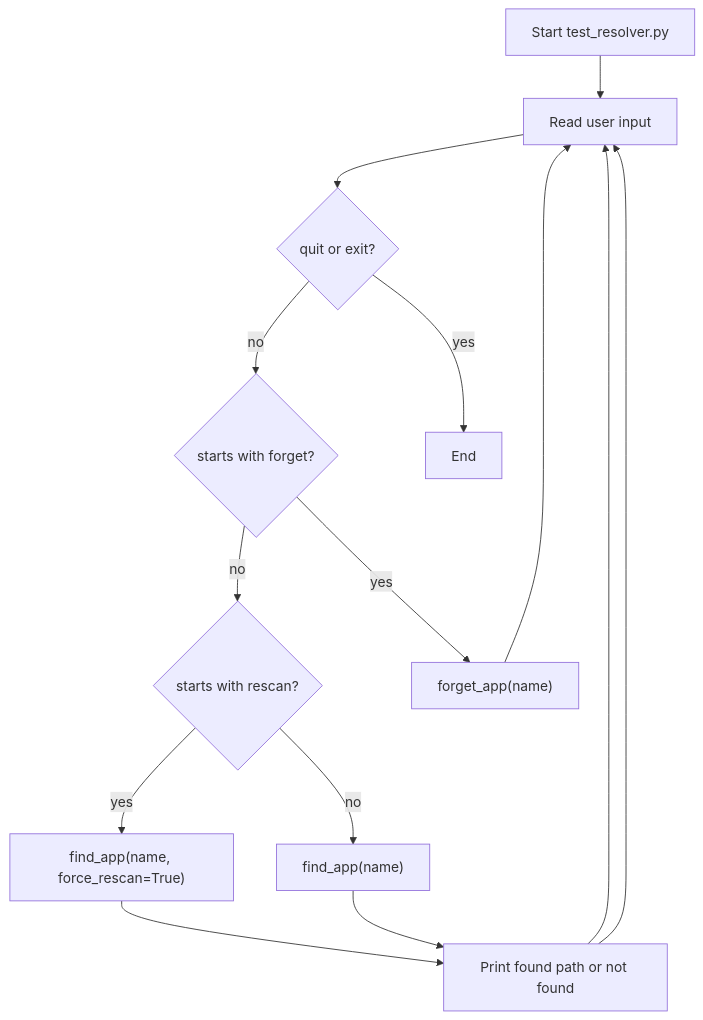
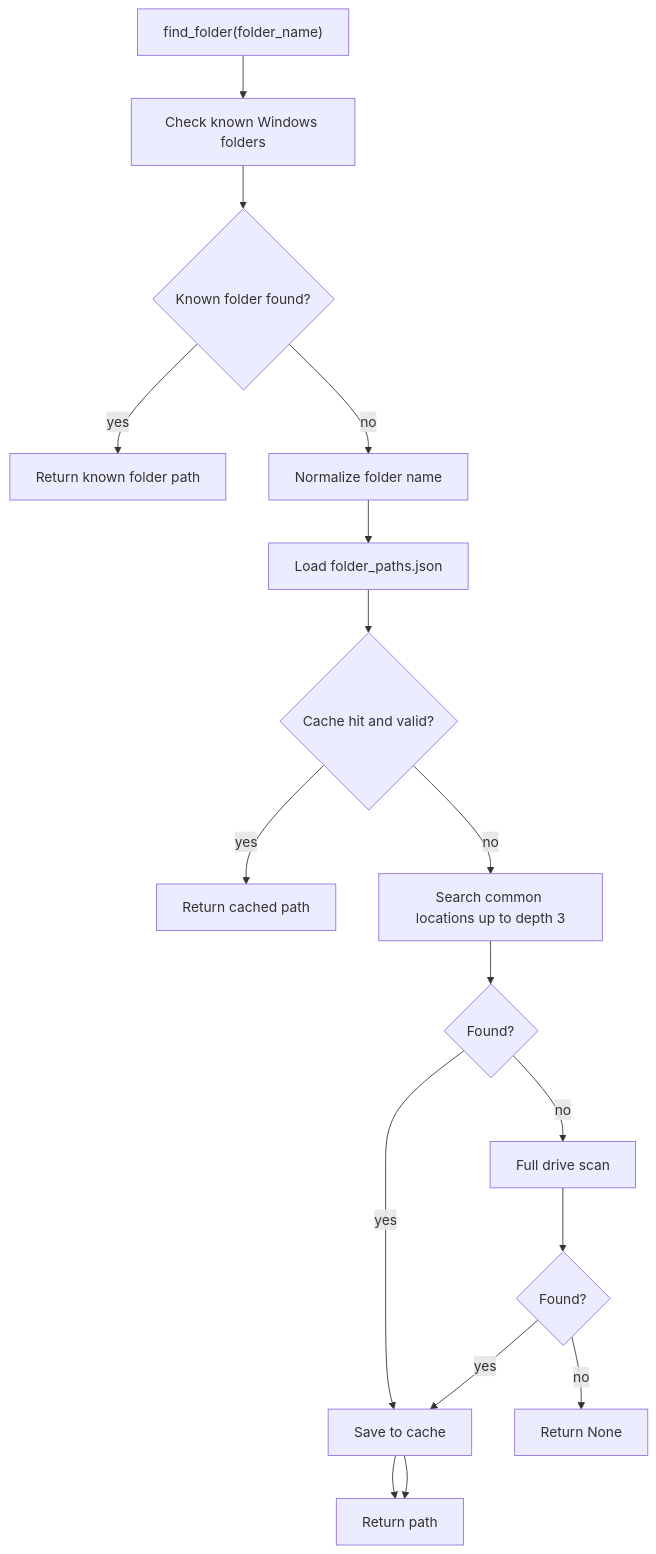
One commit to ayush60728/Agent changed the seventh of 8 diagrams in personal-agent/CODEBASE_WALKTHROUGH.md. Above: the diagram before and after it, drawn with Mermaid. The commit also changed other lines of this file and 11 other files, not shown here.

````diff
--- a/personal-agent/CODEBASE_WALKTHROUGH.md
+++ b/personal-agent/CODEBASE_WALKTHROUGH.md
@@ -311,22 +406,28 @@
 ```mermaid
 flowchart TD
-    A["Start test_resolver.py"]
-    B["Read user input"]
-    C{"quit or exit?"}
-    D{"starts with forget?"}
-    E{"starts with rescan?"}
-    F["forget_app(name)"]
-    G["find_app(name, force_rescan=True)"]
-    H["find_app(name)"]
-    I["Print found path or not found"]
-    J["End"]
+    A["find_folder(folder_name)"]
+    B["Check known Windows folders"]
+    C{"Known folder found?"}
+    D["Return known folder path"]
+    E["Normalize folder name"]
+    F["Load folder_paths.json"]
+    G{"Cache hit and valid?"}
+    H["Return cached path"]
+    I["Search common locations up to depth 3"]
+    J{"Found?"}
+    K["Full drive scan"]
+    L{"Found?"}
+    M["Save to cache"]
+    N["Return path"]
+    O["Return None"]
 
-    A --> B
-    B --> C
-    C -->|yes| J
-    C -->|no| D
-    D -->|yes| F --> B
-    D -->|no| E
-    E -->|yes| G --> I --> B
-    E -->|no| H --> I --> B
+    A --> B --> C
+    C -->|yes| D
+    C -->|no| E --> F --> G
+    G -->|yes| H
+    G -->|no| I --> J
+    J -->|yes| M --> N
+    J -->|no| K --> L
+    L -->|yes| M --> N
+    L -->|no| O
 ```
````
